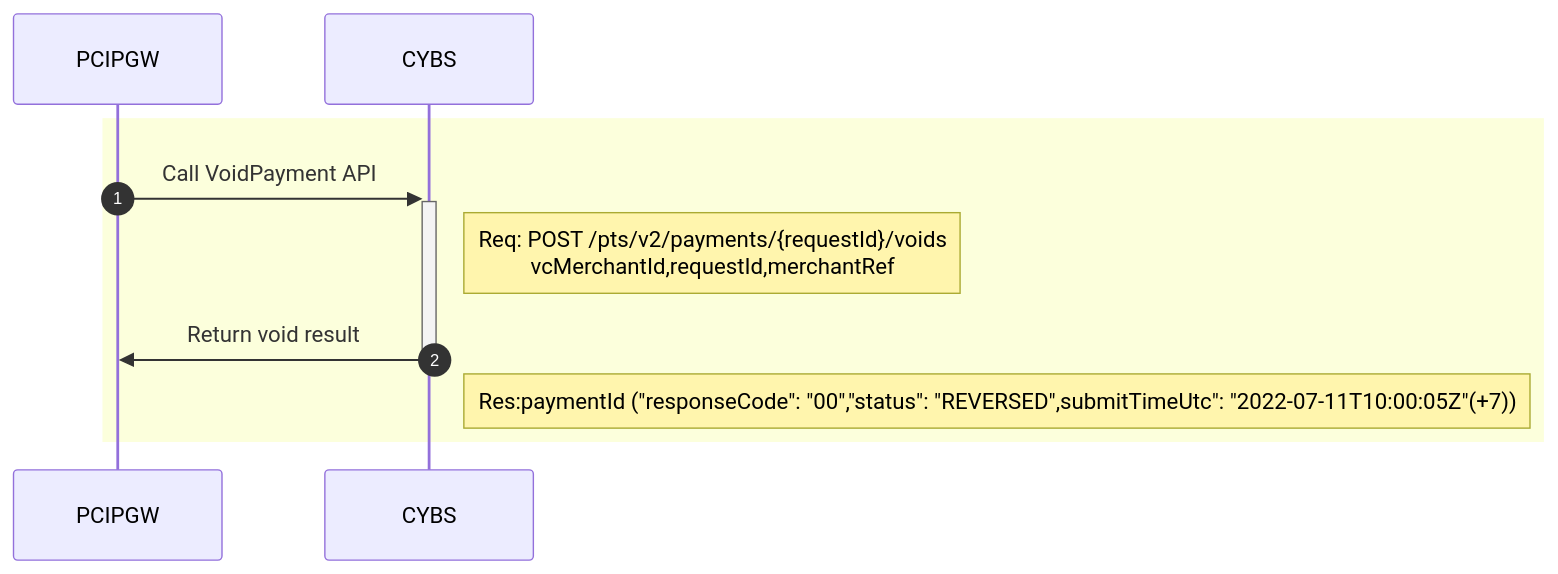
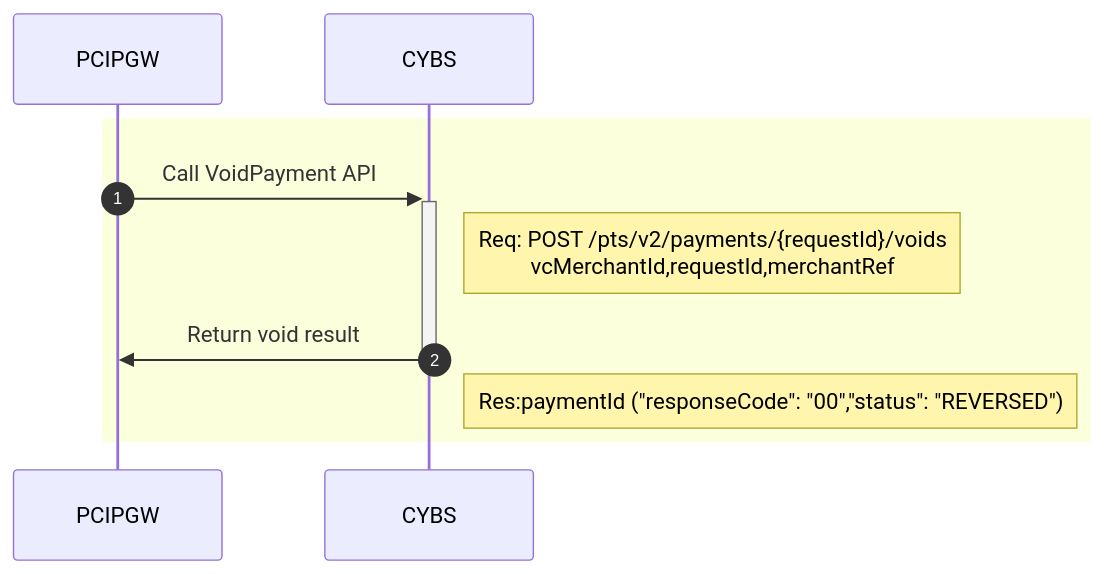
Before and after one commit to yuusuke25/MyNotes: the fifth of 8 diagrams in Cybs-Ph2-Flow3.md, drawn with Mermaid. The commit also changed other lines of this file, not shown here.

````diff
--- a/Cybs-Ph2-Flow3.md
+++ b/Cybs-Ph2-Flow3.md
@@ -84,10 +93,10 @@
 ```mermaid
     sequenceDiagram
     autonumber
         rect rgb(252, 255, 220)
             PCIPGW->>+CYBS:Call VoidPayment API
             Note right of CYBS: Req: POST /pts/v2/payments/{requestId}/voids<br>vcMerchantId,requestId,merchantRef
             CYBS->>-PCIPGW:Return void result
-            Note right of CYBS: Res:paymentId ("responseCode": "00","status": "REVERSED",submitTimeUtc": "2022-07-11T10:00:05Z"(+7))
+            Note right of CYBS: Res:paymentId ("responseCode": "00","status": "REVERSED")
         end
 ```
````
